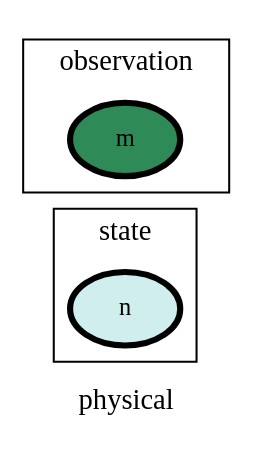
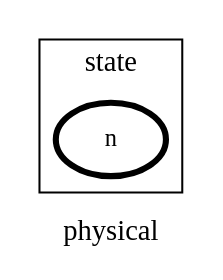
The diagram in ontology_graphs/graph__physical.dot (heinz-preisig/processes_distributed_no_interface_eqs), drawn with Graphviz before and after one commit. The commit also changed 43 other files, not shown here.

```diff
--- a/ontology_graphs/graph__physical.dot
+++ b/ontology_graphs/graph__physical.dot
@@ -1,61 +1,60 @@
 digraph physical {
 label=physical;
 rankdir=LR;
 subgraph cluster_physical___network {
 label=network;
 rankdir=LR;
 }
 
 subgraph cluster_physical___differenceOperator {
 label=differenceOperator;
 rankdir=LR;
 }
 
 subgraph cluster_physical___frame {
 label=frame;
 rankdir=LR;
 }
 
 subgraph cluster_physical___state {
 label=state;
 rankdir=LR;
-V_1 [fillcolor=lightcyan2, fontsize=12, label=n, penwidth=3, style=filled];
+V_1 [fillcolor=white, fontsize=12, label=n, penwidth=3, style=filled];
 }
 
 subgraph cluster_physical___constant {
 label=constant;
 rankdir=LR;
 }
 
 subgraph cluster_physical___effort {
 label=effort;
 rankdir=LR;
 }
 
 subgraph cluster_physical___secondaryState {
 label=secondaryState;
 rankdir=LR;
 }
 
 subgraph cluster_physical___diffState {
 label=diffState;
 rankdir=LR;
 }
 
 subgraph cluster_physical___conversion {
 label=conversion;
 rankdir=LR;
 }
 
 subgraph cluster_physical___controlInput {
 label=controlInput;
 rankdir=LR;
 }
 
 subgraph cluster_physical___observation {
 label=observation;
 rankdir=LR;
-V_2 [fillcolor=seagreen, fontsize=12, label=m, penwidth=3, style=filled];
 }
 
 }
```
